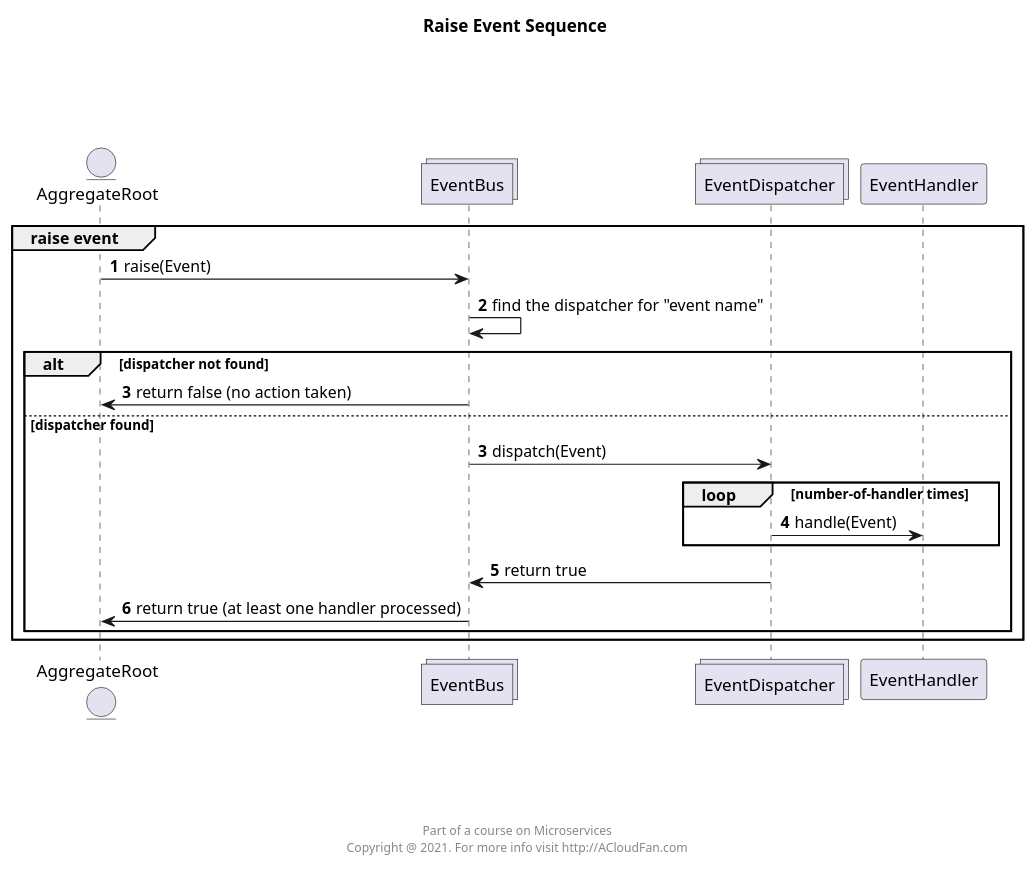
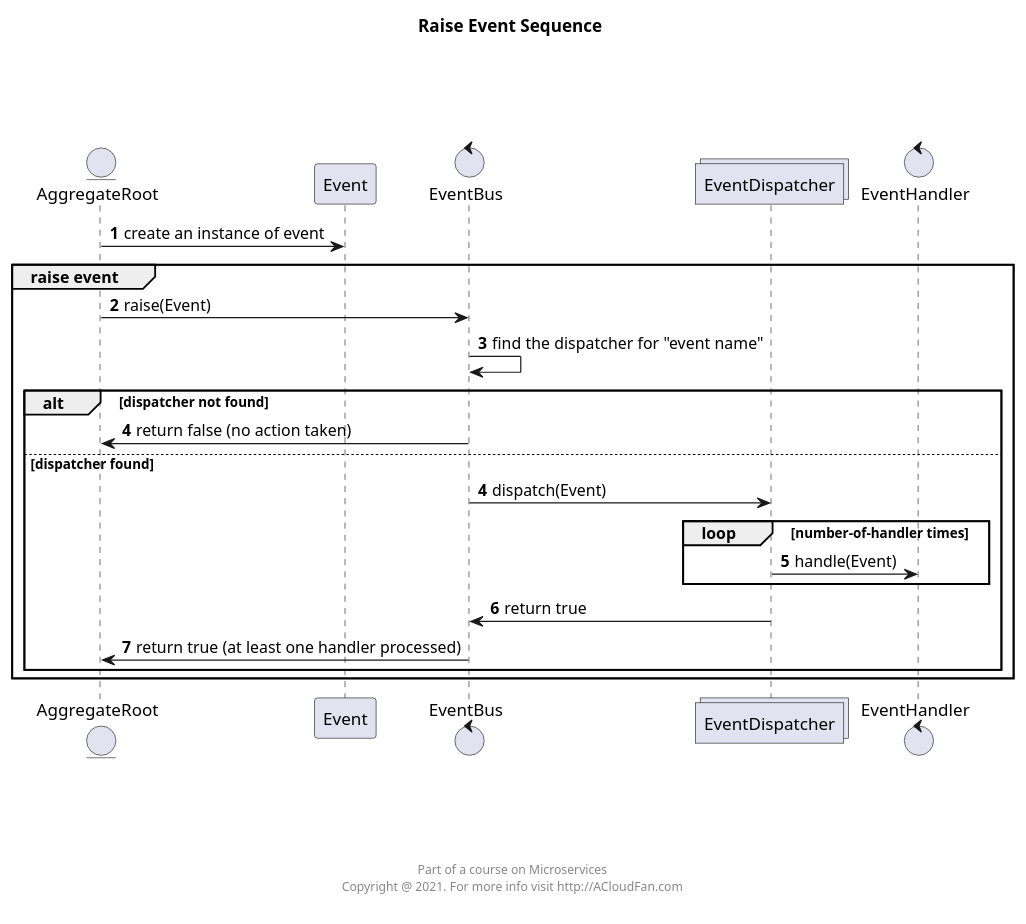
The diagram in uml/utils.event/raiseevent.sequence.puml (acloudfan/MSFA-ACME-Sales-vdraft), drawn with PlantUML before and after one commit. The commit also changed 29 other files, not shown here.

```diff
--- a/uml/utils.event/raiseevent.sequence.puml
+++ b/uml/utils.event/raiseevent.sequence.puml
@@ -1,33 +1,38 @@
 @startuml
 
 autonumber
 
 entity  AggregateRoot
-collections EventBus
+AggregateRoot -> Event : create an instance of event
+
+control EventBus
 collections EventDispatcher
+control EventHandler
 
 group raise event
 
+
     AggregateRoot -> EventBus : raise(Event)
+
 
     EventBus -> EventBus : find the dispatcher for "event name"
 
     alt dispatcher not found
         EventBus -> AggregateRoot : return false (no action taken)
     else dispatcher found
-        autonumber 3
+        autonumber 4
         EventBus -> EventDispatcher : dispatch(Event)
         loop number-of-handler times
             EventDispatcher -> EventHandler : handle(Event)
         end
         EventDispatcher -> EventBus : return true
         EventBus -> AggregateRoot : return true (at least one handler processed)
 
     end
 end
 
 
 title  Raise Event Sequence \n\n\n\n
 footer \n\n\n\n\n\n Part of a course on Microservices \n Copyright @ 2021. For more info visit http://ACloudFan.com \n
 
 @enduml
```
